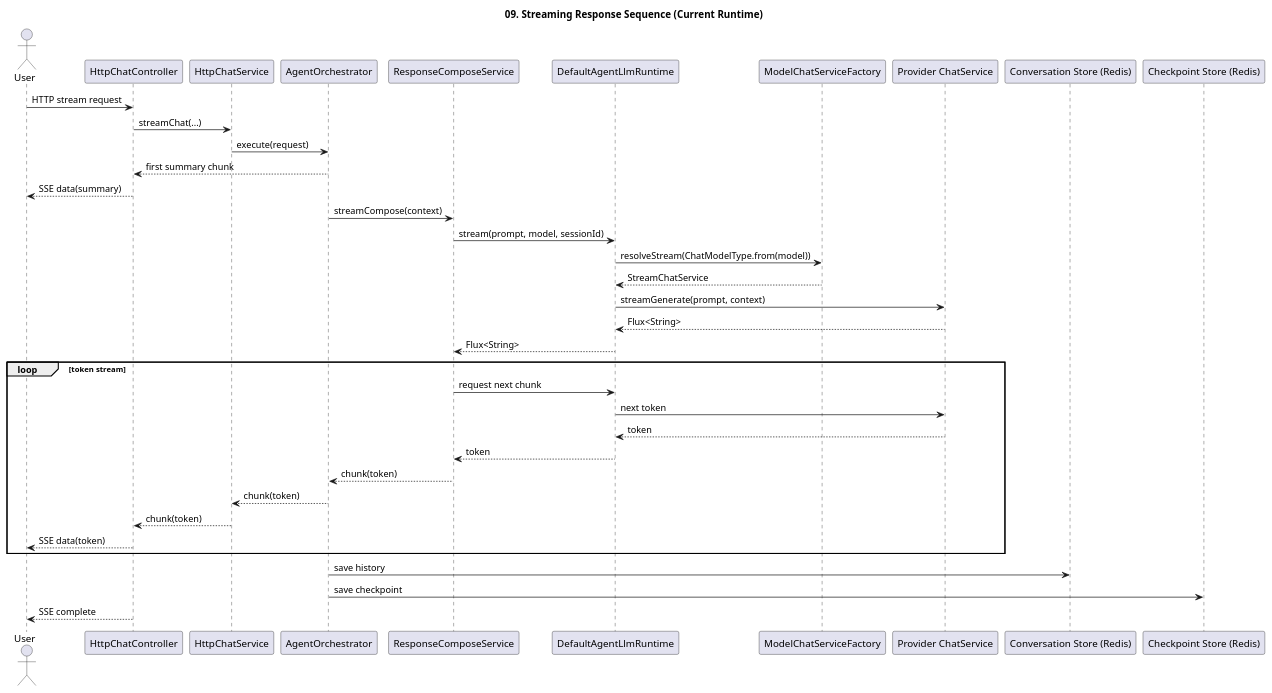
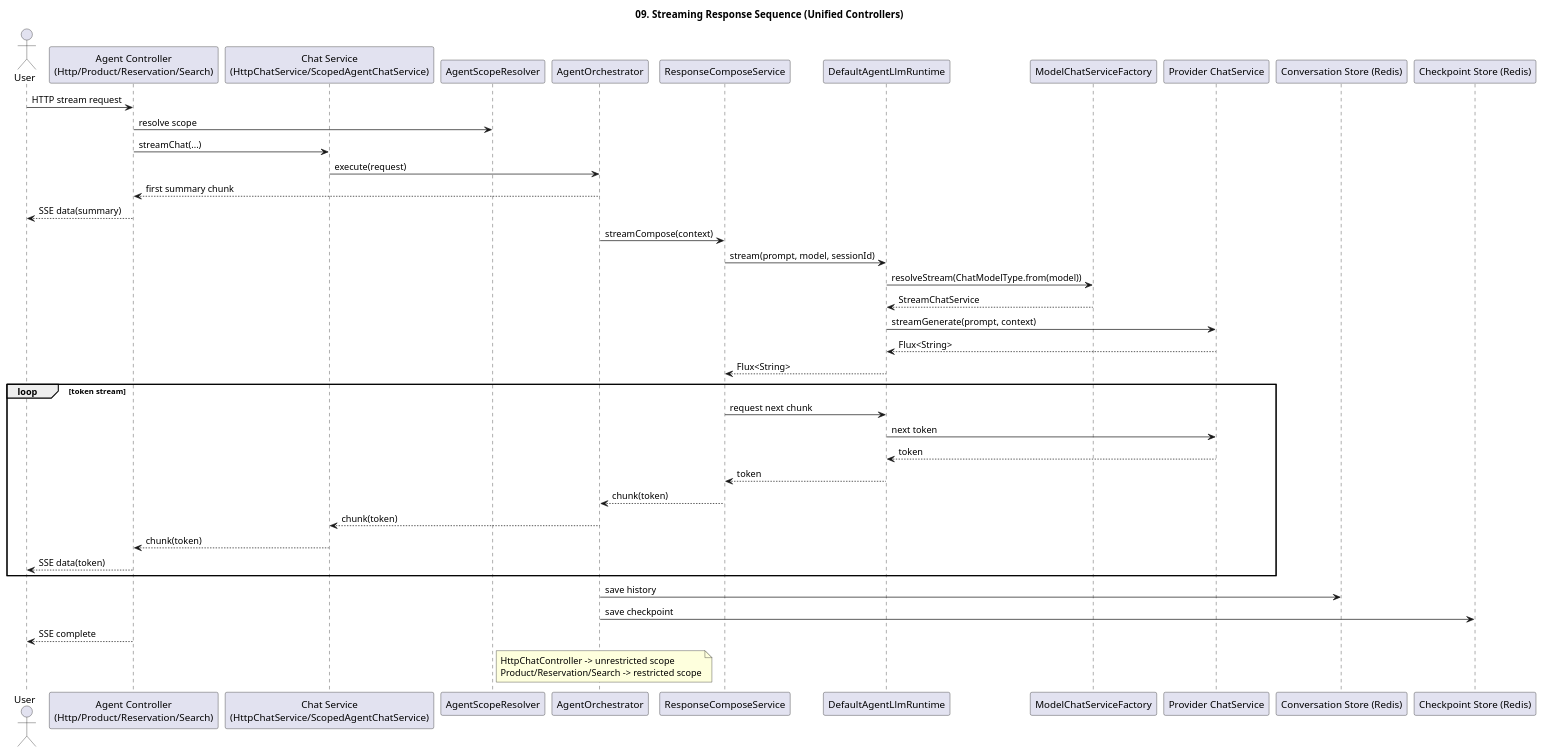
Before and after one commit to kim57uak/spring-ai: the diagram in documents/mcp-orchestrator-architecture/09-streaming-response-sequence.puml, drawn with PlantUML. The commit also changed 63 other files, not shown here.

```diff
--- a/documents/mcp-orchestrator-architecture/09-streaming-response-sequence.puml
+++ b/documents/mcp-orchestrator-architecture/09-streaming-response-sequence.puml
@@ -1,48 +1,55 @@
 @startuml
 !pragma layout smetana
-title 09. Streaming Response Sequence (Current Runtime)
+title 09. Streaming Response Sequence (Unified Controllers)
 
 skinparam shadowing false
 
 actor User
-participant "HttpChatController" as Controller
-participant "HttpChatService" as ChatService
+participant "Agent Controller\n(Http/Product/Reservation/Search)" as Controller
+participant "Chat Service\n(HttpChatService/ScopedAgentChatService)" as ChatService
+participant "AgentScopeResolver" as ScopeResolver
 participant "AgentOrchestrator" as Orchestrator
 participant "ResponseComposeService" as Composer
 participant "DefaultAgentLlmRuntime" as Runtime
 participant "ModelChatServiceFactory" as ChatFactory
 participant "Provider ChatService" as ProviderChatService
 participant "Conversation Store (Redis)" as HistoryRedis
 participant "Checkpoint Store (Redis)" as CheckpointRedis
 
 User -> Controller : HTTP stream request
+Controller -> ScopeResolver : resolve scope
 Controller -> ChatService : streamChat(...)
 ChatService -> Orchestrator : execute(request)
 
 Orchestrator --> Controller : first summary chunk
 Controller --> User : SSE data(summary)
 
 Orchestrator -> Composer : streamCompose(context)
 Composer -> Runtime : stream(prompt, model, sessionId)
 Runtime -> ChatFactory : resolveStream(ChatModelType.from(model))
 ChatFactory --> Runtime : StreamChatService
 Runtime -> ProviderChatService : streamGenerate(prompt, context)
 ProviderChatService --> Runtime : Flux<String>
 Runtime --> Composer : Flux<String>
 
 loop token stream
   Composer -> Runtime : request next chunk
   Runtime -> ProviderChatService : next token
   ProviderChatService --> Runtime : token
   Runtime --> Composer : token
   Composer --> Orchestrator : chunk(token)
   Orchestrator --> ChatService : chunk(token)
   ChatService --> Controller : chunk(token)
   Controller --> User : SSE data(token)
 end
 
 Orchestrator -> HistoryRedis : save history
 Orchestrator -> CheckpointRedis : save checkpoint
 Controller --> User : SSE complete
 
+note right of ScopeResolver
+HttpChatController -> unrestricted scope
+Product/Reservation/Search -> restricted scope
+end note
+
 @enduml
```
